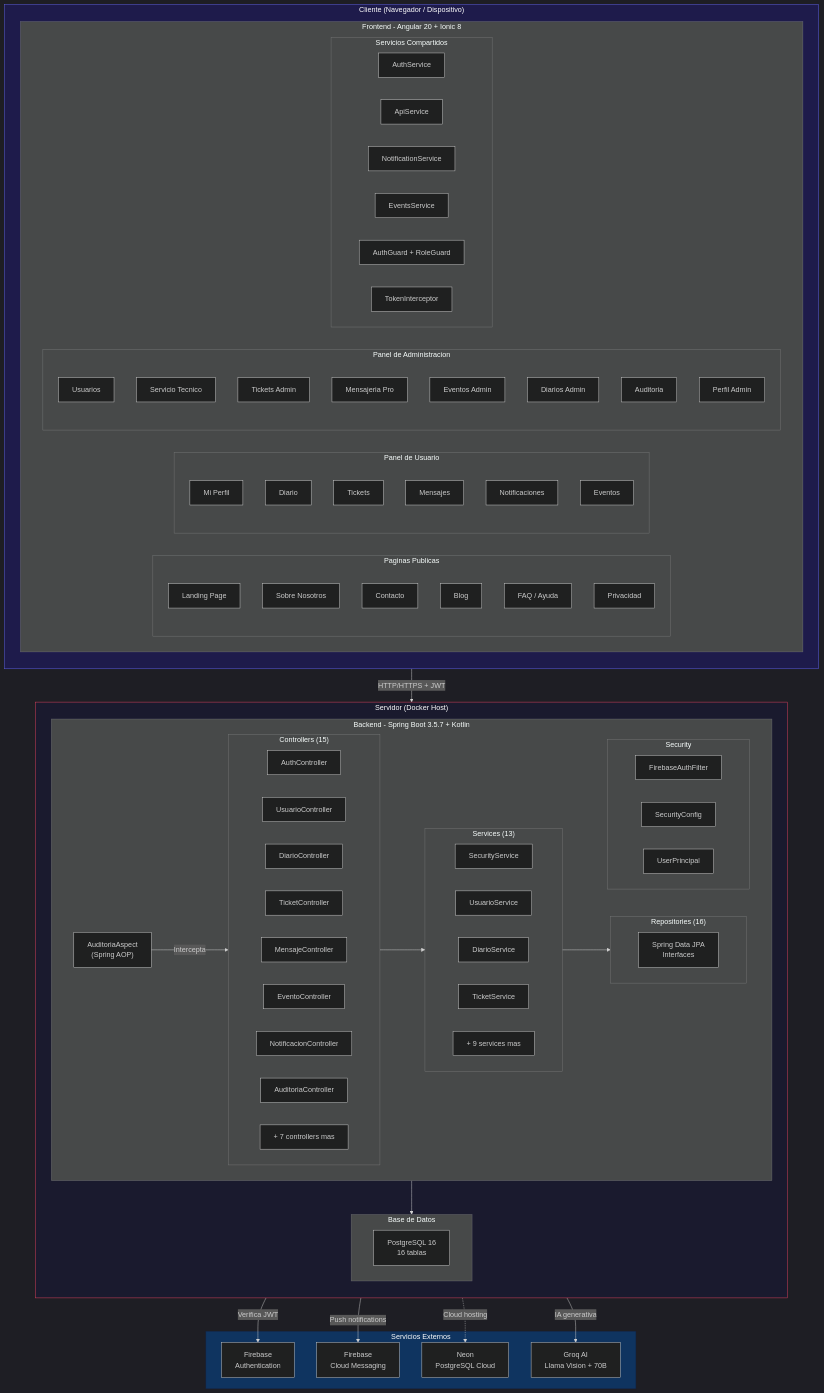
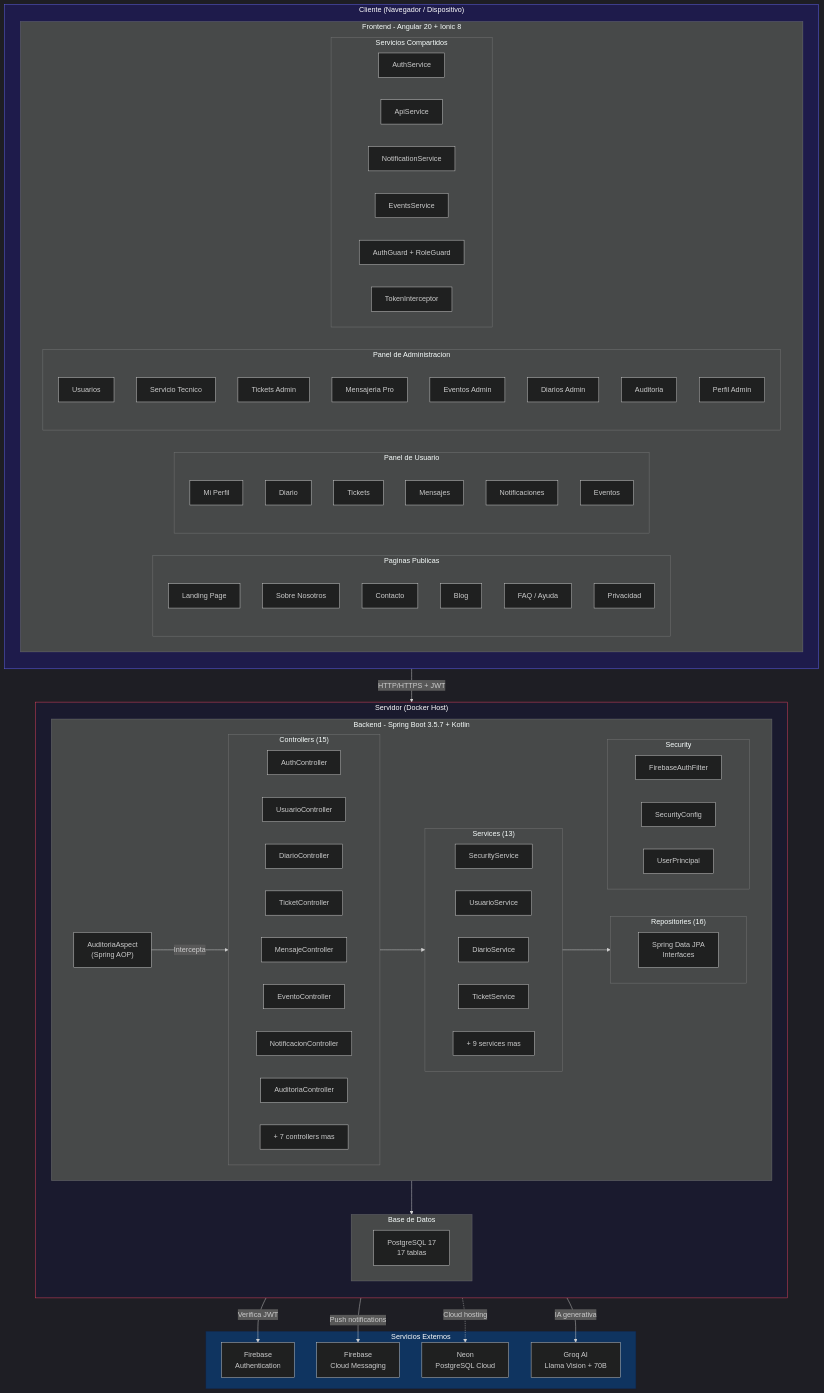
Before and after one commit to JesusDev-code/TFG-DevNexus: the eighth of 11 diagrams in documentación/TFG_DevNexus_Documentacion.md, drawn with Mermaid. The commit also changed other lines of this file and 154 other files, not shown here.

```diff
--- a/documentación/TFG_DevNexus_Documentacion.md
+++ b/documentación/TFG_DevNexus_Documentacion.md
@@ -1424,7 +1478,7 @@
             AuditAspect["AuditoriaAspect<br/>(Spring AOP)"]
         end
         subgraph DB["Base de Datos"]
-            PG["PostgreSQL 16<br/>16 tablas"]
+            PG["PostgreSQL 17<br/>17 tablas"]
         end
     end
 
```
